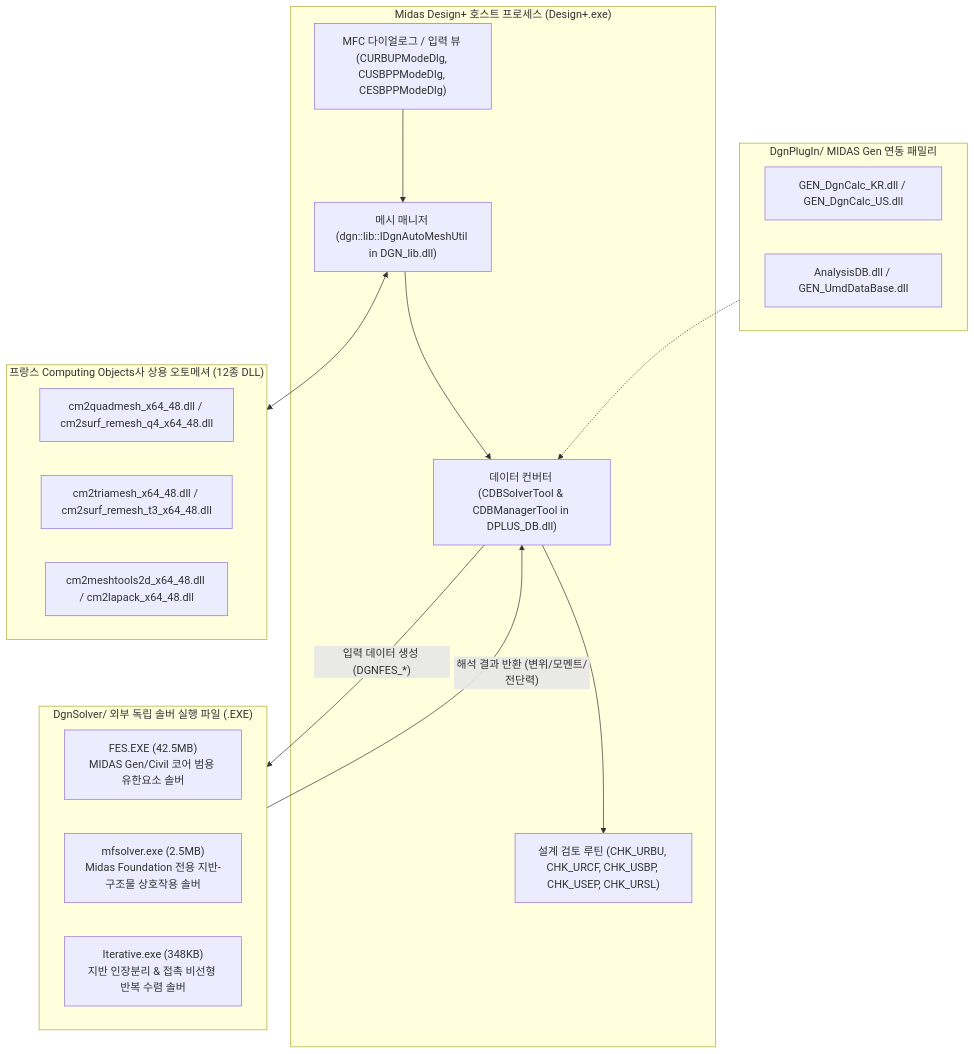
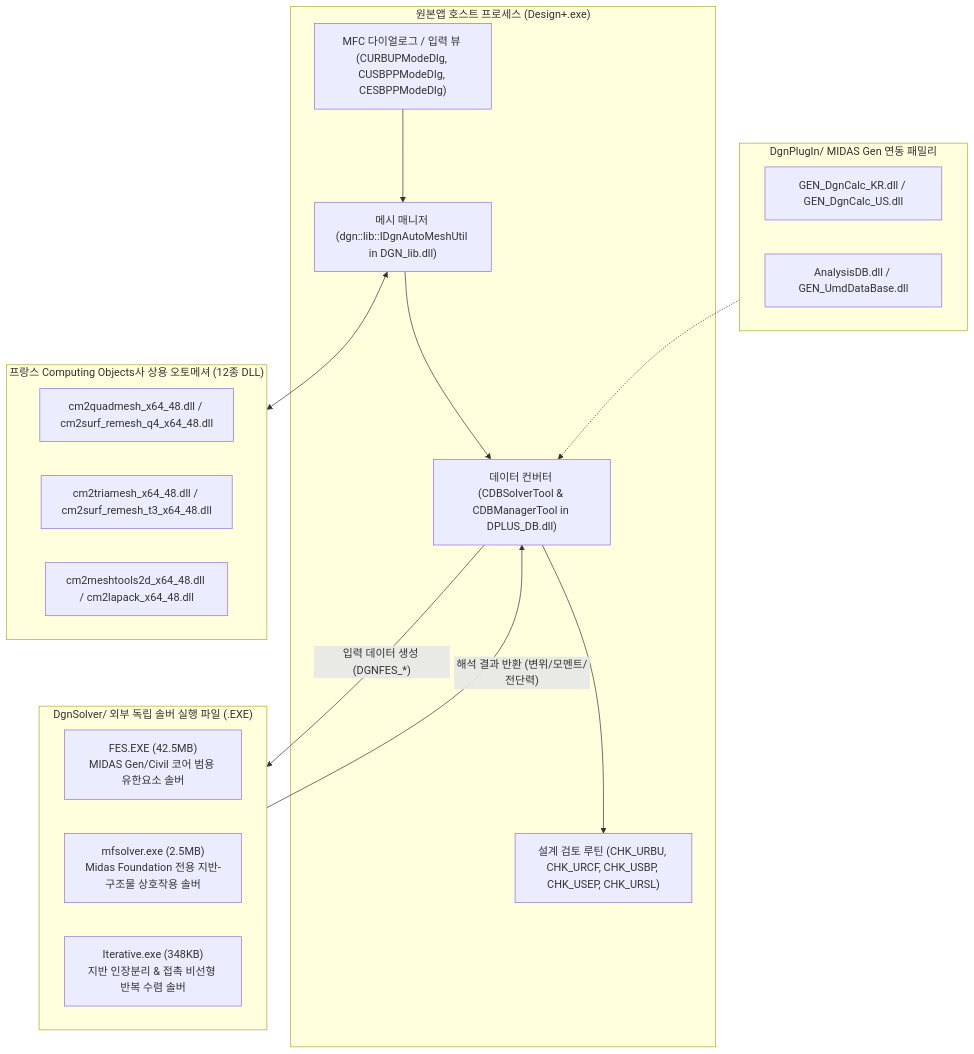
One commit to zlkiki/AltDP_3rd changed the first of 4 diagrams in docs/15_fem_analysis_and_external_solver_specification.md. Above: the diagram before and after it, drawn with Mermaid. The commit also changed other lines of this file and 88 other files, not shown here.

Commit message:
docs: 'Midas Design+' 및 변형 명칭을 '원본앱'으로 표준화 및 파일명/링크 일괄 갱신

````diff
--- a/docs/15_fem_analysis_and_external_solver_specification.md
+++ b/docs/15_fem_analysis_and_external_solver_specification.md
@@ -9,34 +9,34 @@
 ```mermaid
 flowchart TD
-    subgraph Host ["Midas Design+ 호스트 프로세스 (Design+.exe)"]
+    subgraph Host ["원본앱 호스트 프로세스 (Design+.exe)"]
         UI["MFC 다이얼로그 / 입력 뷰 (CURBUPModeDlg, CUSBPPModeDlg, CESBPPModeDlg)"]
         MeshMgr["메시 매니저 (dgn::lib::IDgnAutoMeshUtil in DGN_lib.dll)"]
         DBMgr["데이터 컨버터 (CDBSolverTool & CDBManagerTool in DPLUS_DB.dll)"]
         DgnCore["설계 검토 루틴 (CHK_URBU, CHK_URCF, CHK_USBP, CHK_USEP, CHK_URSL)"]
     end
 
     subgraph CM2_Engine ["프랑스 Computing Objects사 상용 오토메셔 (12종 DLL)"]
         CM2_Q4["cm2quadmesh_x64_48.dll / cm2surf_remesh_q4_x64_48.dll"]
         CM2_T3["cm2triamesh_x64_48.dll / cm2surf_remesh_t3_x64_48.dll"]
         CM2_Tools["cm2meshtools2d_x64_48.dll / cm2lapack_x64_48.dll"]
     end
 
     subgraph Ext_Solvers ["DgnSolver/ 외부 독립 솔버 실행 파일 (.EXE)"]
         FES["FES.EXE (42.5MB)<br>MIDAS Gen/Civil 코어 범용 유한요소 솔버"]
         MFS["mfsolver.exe (2.5MB)<br>Midas Foundation 전용 지반-구조물 상호작용 솔버"]
         ITER["Iterative.exe (348KB)<br>지반 인장분리 & 접촉 비선형 반복 수렴 솔버"]
     end
 
     subgraph Gen_Family ["DgnPlugIn/ MIDAS Gen 연동 패밀리"]
         GEN_Calc["GEN_DgnCalc_KR.dll / GEN_DgnCalc_US.dll"]
         GEN_DB["AnalysisDB.dll / GEN_UmdDataBase.dll"]
     end
 
     UI --> MeshMgr
     MeshMgr <--> CM2_Engine
     MeshMgr --> DBMgr
     DBMgr -- "입력 데이터 생성 (DGNFES_*)" --> Ext_Solvers
     Ext_Solvers -- "해석 결과 반환 (변위/모멘트/전단력)" --> DBMgr
     DBMgr --> DgnCore
     Gen_Family -.-> DBMgr
 ```
````
